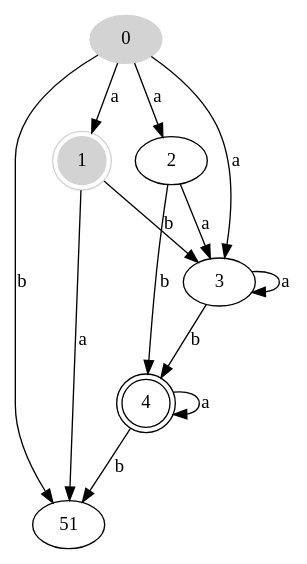
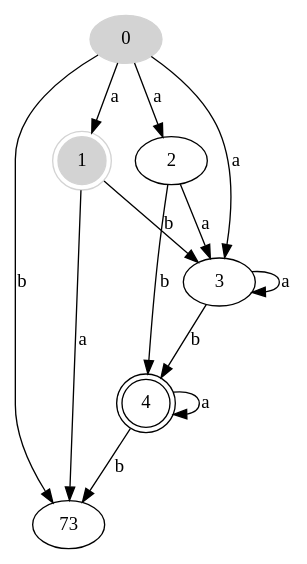
The diagram in build/diagramme2.dot (Yufei6/Automate), drawn with Graphviz before and after one commit. The commit also changed 27 other files, not shown here.

```diff
--- a/build/diagramme2.dot
+++ b/build/diagramme2.dot
@@ -1,30 +1,30 @@
 digraph automaton {
 size = "8.5, 11";
 fontsize = 10;
 0[ style = filled, color=lightgrey ];
 1[ style = filled, color=lightgrey ];
 1[ shape = doublecircle ];
 4[ shape = doublecircle ];
 0->1 [ label = "a" ]; 
 0->2 [ label = "a" ]; 
 0->3 [ label = "a" ]; 
 
-0->51 [ label = "b" ]; 
+0->73 [ label = "b" ]; 
 
-1->51 [ label = "a" ]; 
+1->73 [ label = "a" ]; 
 
 1->3 [ label = "b" ]; 
 
 2->3 [ label = "a" ]; 
 
 2->4 [ label = "b" ]; 
 
 3->3 [ label = "a" ]; 
 
 3->4 [ label = "b" ]; 
 
 4->4 [ label = "a" ]; 
 
-4->51 [ label = "b" ]; 
+4->73 [ label = "b" ]; 
 
 }
```
